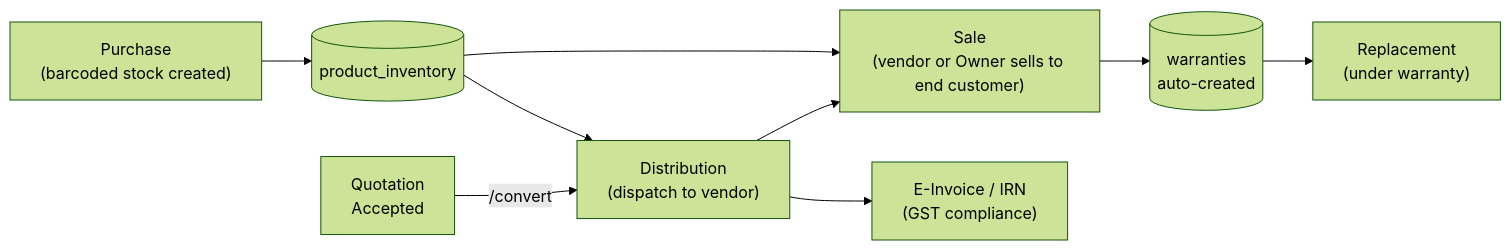
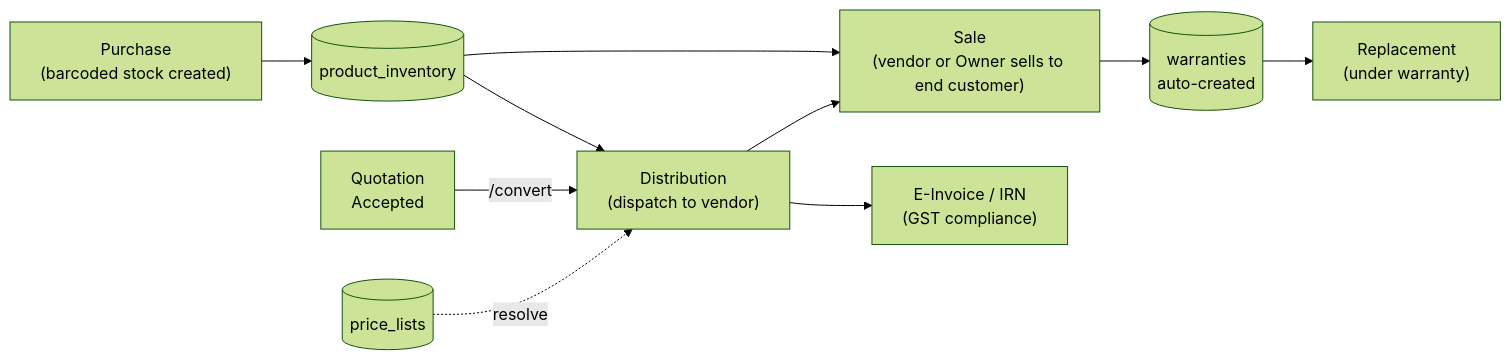
One commit to prathame/DG-ERP changed the seventh of 7 diagrams in engineering-academy/docs/architecture/business-workflows.md. Above: the diagram before and after it, drawn with Mermaid (forest theme). The commit also changed other lines of this file and 84 other files, not shown here.

First line of the commit message:
docs(academy): document party-linked invoices and price-list I/O

````diff
--- a/engineering-academy/docs/architecture/business-workflows.md
+++ b/engineering-academy/docs/architecture/business-workflows.md
@@ -151,11 +199,12 @@
 ```mermaid
 flowchart LR
     Purchase["Purchase<br/>(barcoded stock created)"] --> Inventory[("product_inventory")]
     Inventory --> Dist["Distribution<br/>(dispatch to vendor)"]
     Quote["Quotation<br/>Accepted"] -->|"/convert"| Dist
     Dist --> EInvoice["E-Invoice / IRN<br/>(GST compliance)"]
     Dist --> Sale["Sale<br/>(vendor or Owner sells to end customer)"]
     Inventory --> Sale
     Sale --> Warranty[("warranties<br/>auto-created")]
     Warranty --> Replacement["Replacement<br/>(under warranty)"]
+    PriceList[("price_lists")] -.->|"resolve"| Dist
 ```
````
